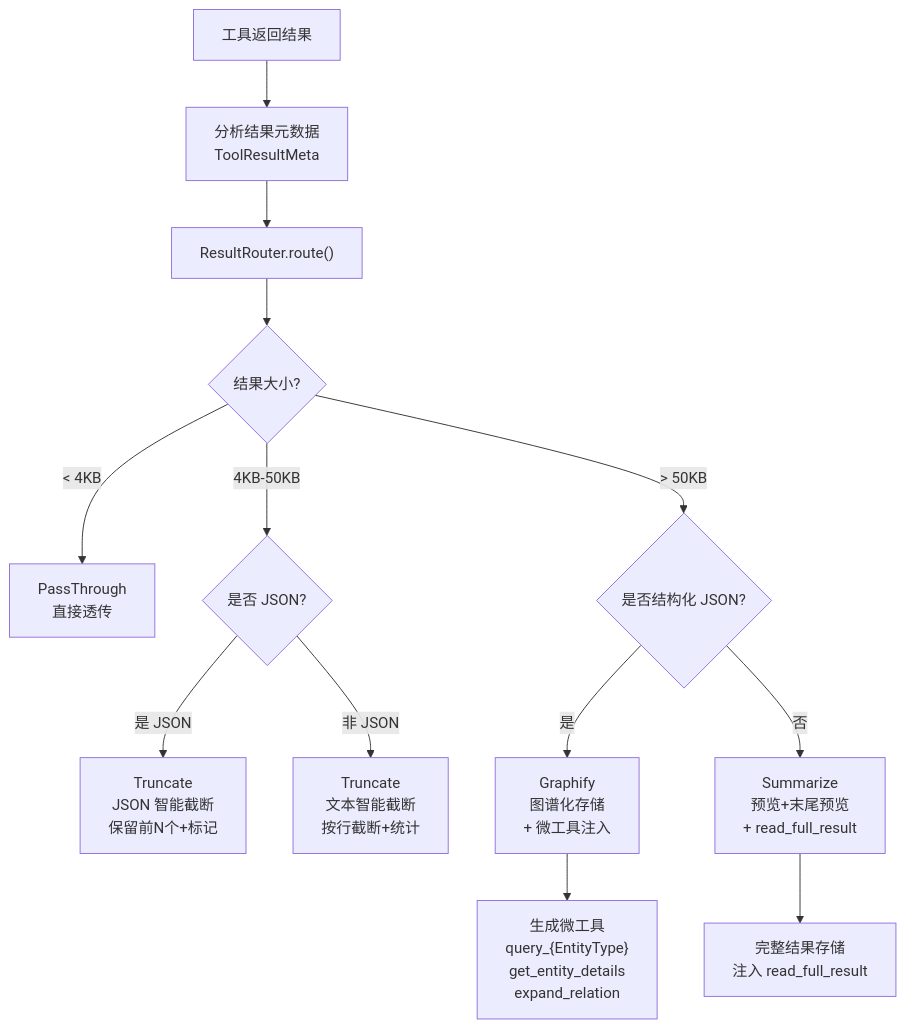
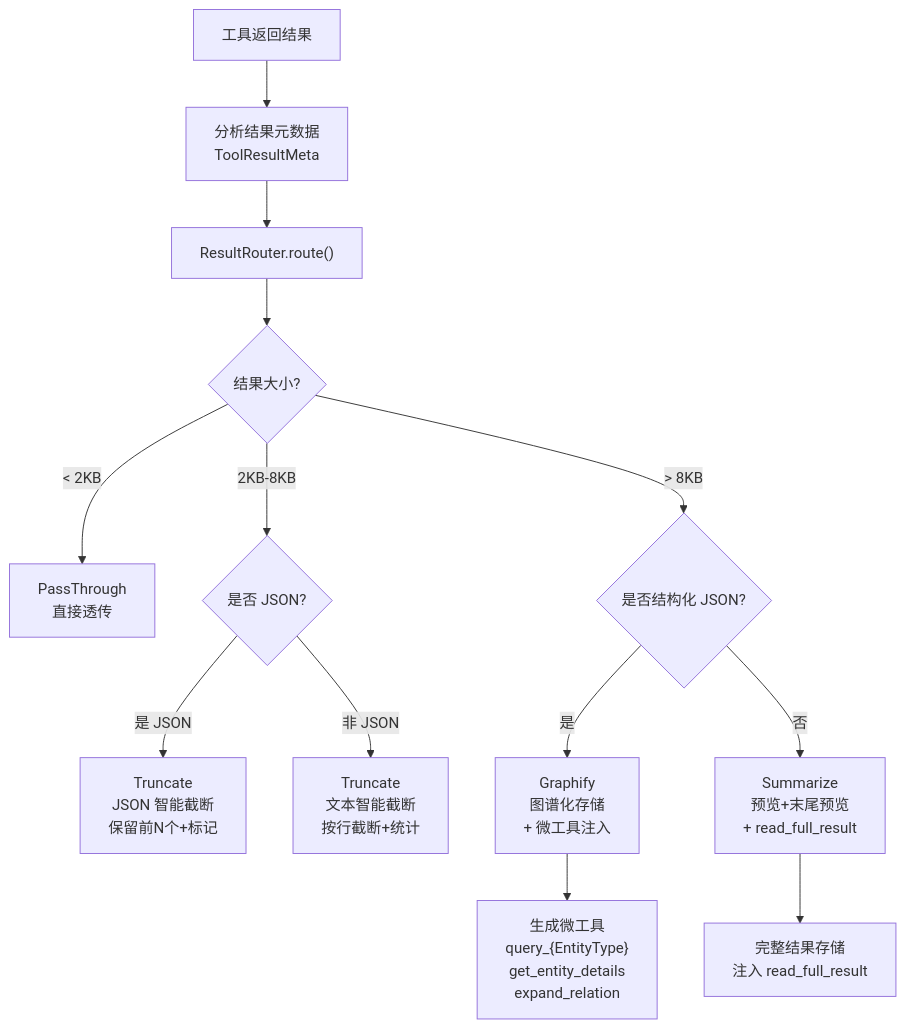
The first of 3 diagrams in docs/08-result-router.zh.md (skaiy/wild_agentos), drawn with Mermaid before and after one commit. The commit also changed 27 other files, not shown here.

````diff
--- a/docs/08-result-router.zh.md
+++ b/docs/08-result-router.zh.md
@@ -16,19 +16,19 @@
 ```mermaid
 flowchart TD
     INPUT["工具返回结果"] --> META["分析结果元数据<br/>ToolResultMeta"]
     META --> ROUTER["ResultRouter.route()"]
     ROUTER --> SIZE{"结果大小?"}
 
-    SIZE -->|"< 4KB"| PASS["PassThrough<br/>直接透传"]
-    SIZE -->|"4KB-50KB"| STRUCT{"是否 JSON?"}
+    SIZE -->|"< 2KB"| PASS["PassThrough<br/>直接透传"]
+    SIZE -->|"2KB-8KB"| STRUCT{"是否 JSON?"}
 
     STRUCT -->|"是 JSON"| TRUNC_J["Truncate<br/>JSON 智能截断<br/>保留前N个+标记"]
     STRUCT -->|"非 JSON"| TRUNC_T["Truncate<br/>文本智能截断<br/>按行截断+统计"]
 
-    SIZE -->|"> 50KB"| LARGE_STRUCT{"是否结构化 JSON?"}
+    SIZE -->|"> 8KB"| LARGE_STRUCT{"是否结构化 JSON?"}
     LARGE_STRUCT -->|"是"| GRAPHIFY["Graphify<br/>图谱化存储<br/>+ 微工具注入"]
     LARGE_STRUCT -->|"否"| SUMMARIZE["Summarize<br/>预览+末尾预览<br/>+ read_full_result"]
 
     GRAPHIFY --> MT["生成微工具<br/>query_{EntityType}<br/>get_entity_details<br/>expand_relation"]
     SUMMARIZE --> STORE["完整结果存储<br/>注入 read_full_result"]
 ```
````
